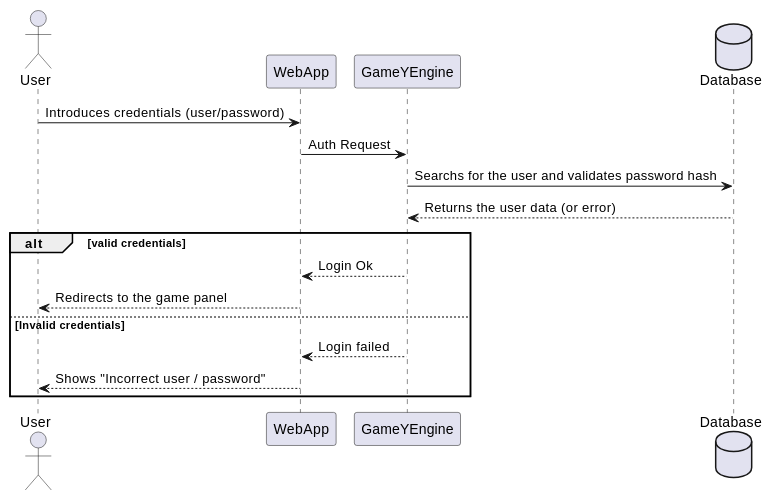
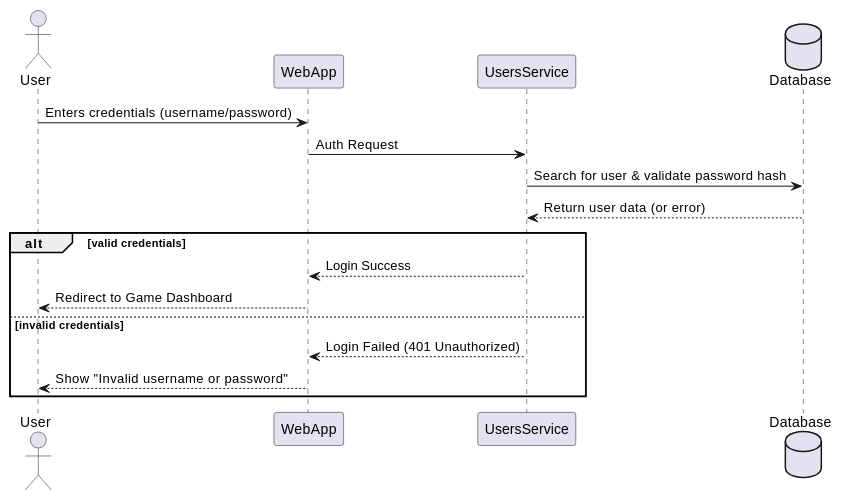
Before and after one commit to Arquisoft/yovi_en3b: the first of 3 diagrams in docs/src/06_runtime_view.adoc, drawn with PlantUML. The commit also changed other lines of this file and 2 other files, not shown here.

Commit message:
Fixed parts 3 and 6 of documentation

```diff
--- a/docs/src/06_runtime_view.adoc
+++ b/docs/src/06_runtime_view.adoc
@@ -10,21 +10,22 @@
 [plantuml,"Login",png]
 ----
 @startuml
 actor User
 participant WebApp
-participant GameYEngine
+participant UsersService
 database Database
 
-User -> WebApp: Introduces credentials (user/password)
-WebApp -> GameYEngine: Auth Request
-GameYEngine -> Database: Searchs for the user and validates password hash
-Database --> GameYEngine: Returns the user data (or error)
+User -> WebApp: Enters credentials (username/password)
+WebApp -> UsersService: Auth Request
+UsersService -> Database: Search for user & validate password hash
+Database --> UsersService: Return user data (or error)
+
 alt valid credentials
-    GameYEngine --> WebApp: Login Ok
-    WebApp --> User: Redirects to the game panel
-else Invalid credentials
-    GameYEngine --> WebApp: Login failed
-    WebApp --> User: Shows "Incorrect user / password"
+    UsersService --> WebApp: Login Success
+    WebApp --> User: Redirect to Game Dashboard
+else invalid credentials
+    UsersService --> WebApp: Login Failed (401 Unauthorized)
+    WebApp --> User: Show "Invalid username or password"
 end
 @enduml
 ----
```
